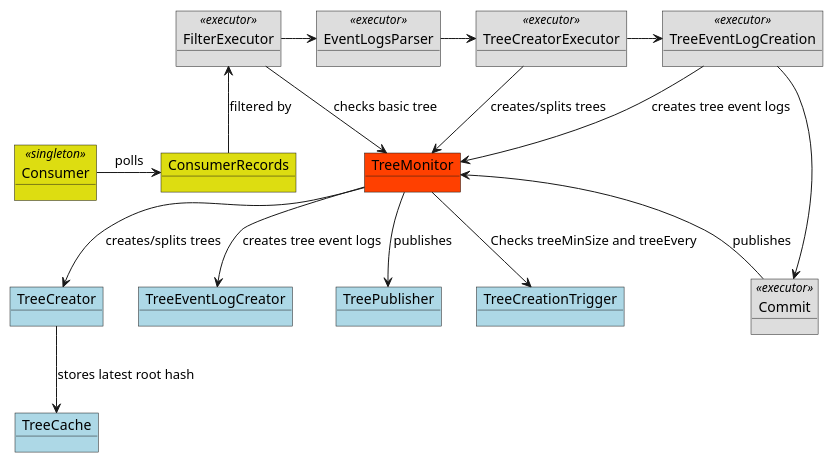
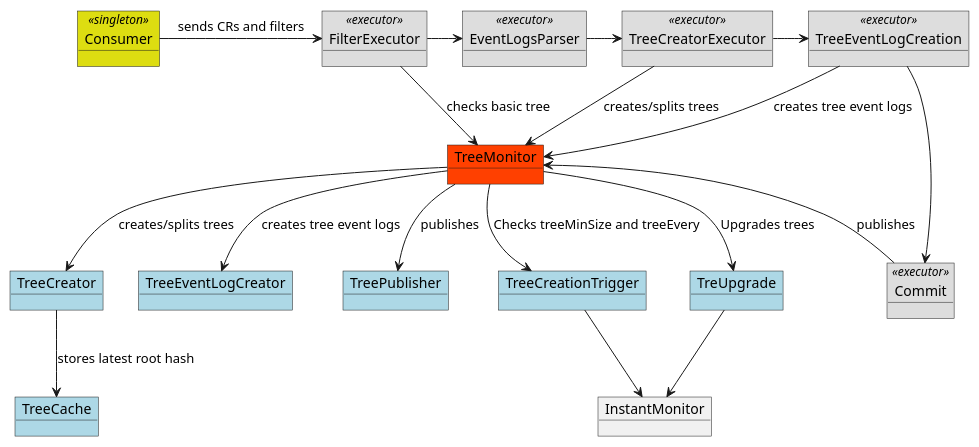
One commit to ubirch/ubirch-event-log changed the diagram in event-log-chainer/src/main/scala/com/ubirch/chainer/services/test.puml. Above: the diagram before and after it, drawn with PlantUML. The commit also changed 7 other files, not shown here.

```diff
--- a/event-log-chainer/src/main/scala/com/ubirch/chainer/services/test.puml
+++ b/event-log-chainer/src/main/scala/com/ubirch/chainer/services/test.puml
@@ -1,37 +1,39 @@
 @startuml
 
 object Consumer <<singleton>> #DDDD11
-object ConsumerRecords #DDDD11
 
 object TreeCreatorExecutor <<executor>> #DDDDDD
 object FilterExecutor <<executor>> #DDDDDD
 object EventLogsParser <<executor>> #DDDDDD
 object Commit <<executor>> #DDDDDD
 object TreeEventLogCreation <<executor>> #DDDDDD
 
 
 object TreeCreator #add8e6
 object TreeEventLogCreator #add8e6
 object TreeCache #add8e6
 object TreePublisher #add8e6
 object TreeCreationTrigger #add8e6
+object TreUpgrade #add8e6
 object TreeMonitor #ff4000
+object InstantMonitor
 
-Consumer -> ConsumerRecords : polls
-FilterExecutor <-- ConsumerRecords : filtered by
+Consumer -> FilterExecutor : sends CRs and filters
 TreeMonitor <-- FilterExecutor: checks basic tree
 FilterExecutor -> EventLogsParser
 EventLogsParser -> TreeCreatorExecutor
 TreeCreator --> TreeCache: stores latest root hash
 TreeCreatorExecutor --> TreeMonitor: creates/splits trees
 TreeCreatorExecutor -> TreeEventLogCreation
 TreeMonitor --> TreeCreator: creates/splits trees
 TreeEventLogCreation --> TreeMonitor: creates tree event logs
 TreeEventLogCreation -> Commit
 TreeMonitor <-- Commit: publishes
 TreeMonitor --> TreeEventLogCreator: creates tree event logs
 TreeMonitor --> TreePublisher : publishes
 TreeMonitor --> TreeCreationTrigger: Checks treeMinSize and treeEvery
-
+TreeMonitor --> TreUpgrade : Upgrades trees
+TreUpgrade -->  InstantMonitor
+TreeCreationTrigger -->  InstantMonitor
 
 @enduml
```
